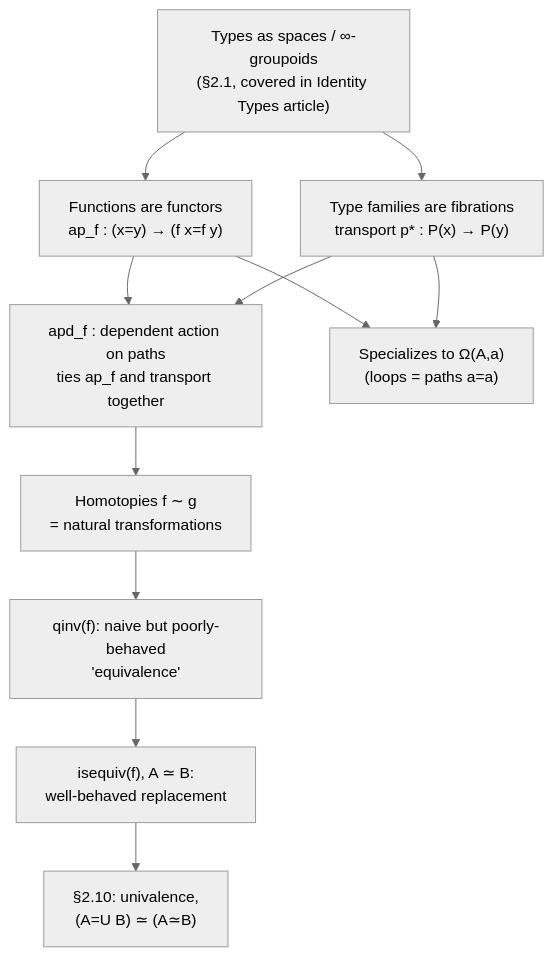
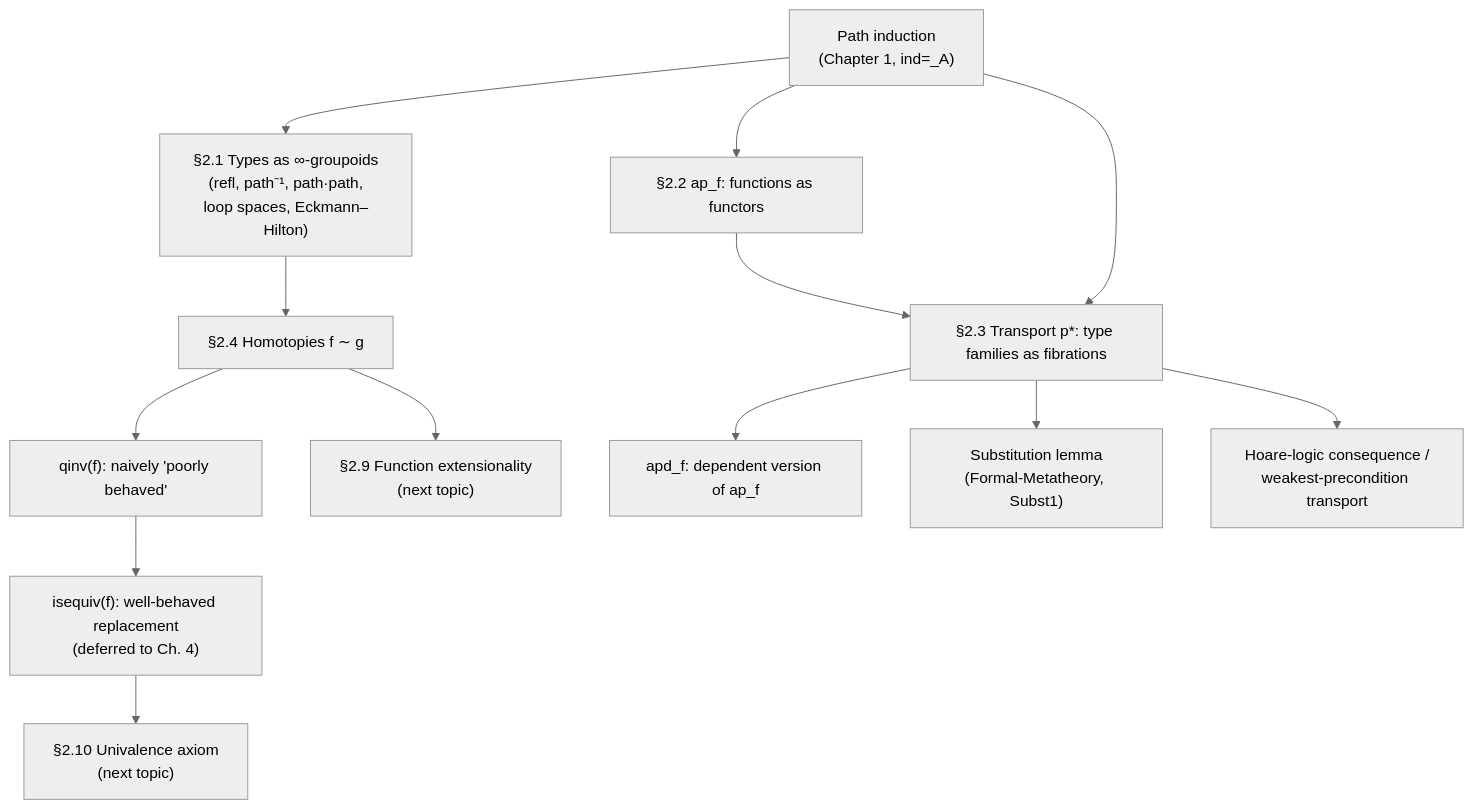
One commit to superoptimo/type_theory_vaults changed the diagram in 14_homotopy_type_theory/Homotopical-Interpretation-of-Type-Theory.md. Above: the diagram before and after it, drawn with Mermaid (neutral theme). The commit also changed other lines of this file and 1097 other files, not shown here.

Commit message:
Update vaults books with learning roadmaps

````diff
--- a/14_homotopy_type_theory/Homotopical-Interpretation-of-Type-Theory.md
+++ b/14_homotopy_type_theory/Homotopical-Interpretation-of-Type-Theory.md
@@ -265,13 +106,15 @@
 ```mermaid
-flowchart TB
-    A["Types as spaces / ∞-groupoids<br/>(§2.1, covered in Identity Types article)"] --> B["Functions are functors<br/>ap_f : (x=y) → (f x=f y)"]
-    A --> C["Type families are fibrations<br/>transport p* : P(x) → P(y)"]
-    B --> D["apd_f : dependent action on paths<br/>ties ap_f and transport together"]
-    C --> D
-    D --> E["Homotopies f ∼ g<br/>= natural transformations"]
-    E --> F["qinv(f): naive but poorly-behaved<br/>'equivalence'"]
-    F --> G["isequiv(f), A ≃ B:<br/>well-behaved replacement"]
-    B --> H["Specializes to Ω(A,a)<br/>(loops = paths a=a)"]
-    C --> H
-    G --> I["§2.10: univalence,<br/>(A=U B) ≃ (A≃B)"]
+graph TD
+    PI["Path induction<br/>(Chapter 1, ind=_A)"] --> GRP["§2.1 Types as ∞-groupoids<br/>(refl, path⁻¹, path·path,<br/>loop spaces, Eckmann–Hilton)"]
+    PI --> AP["§2.2 ap_f: functions as functors"]
+    PI --> TR["§2.3 Transport p*: type families as fibrations"]
+    AP --> TR
+    TR --> APD["apd_f: dependent version of ap_f"]
+    GRP --> HTPY["§2.4 Homotopies f ∼ g"]
+    HTPY --> QINV["qinv(f): naively 'poorly behaved'"]
+    QINV --> ISEQUIV["isequiv(f): well-behaved replacement<br/>(deferred to Ch. 4)"]
+    TR --> SUBST["Substitution lemma<br/>(Formal-Metatheory, Subst1)"]
+    TR --> WP["Hoare-logic consequence /<br/>weakest-precondition transport"]
+    HTPY --> FUNEXT["§2.9 Function extensionality<br/>(next topic)"]
+    ISEQUIV --> UNIV["§2.10 Univalence axiom<br/>(next topic)"]
 ```
````
